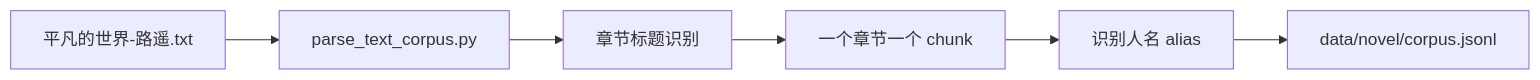
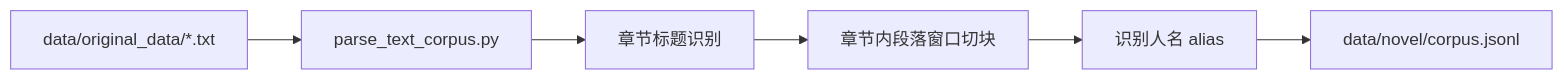
The third of 16 diagrams in demo/README.md (Lafinger/AgenticRAG-RL), drawn with Mermaid before and after one commit. The commit also changed other lines of this file and 27 other files, not shown here.

````diff
--- a/demo/README.md
+++ b/demo/README.md
@@ -120,8 +120,8 @@
 ```mermaid
 flowchart LR
-    A["平凡的世界-路遥.txt"] --> B["parse_text_corpus.py"]
+    A["data/original_data/*.txt"] --> B["parse_text_corpus.py"]
     B --> C["章节标题识别"]
-    C --> D["一个章节一个 chunk"]
+    C --> D["章节内段落窗口切块"]
     D --> E["识别人名 alias"]
     E --> F["data/novel/corpus.jsonl"]
 ```
````
